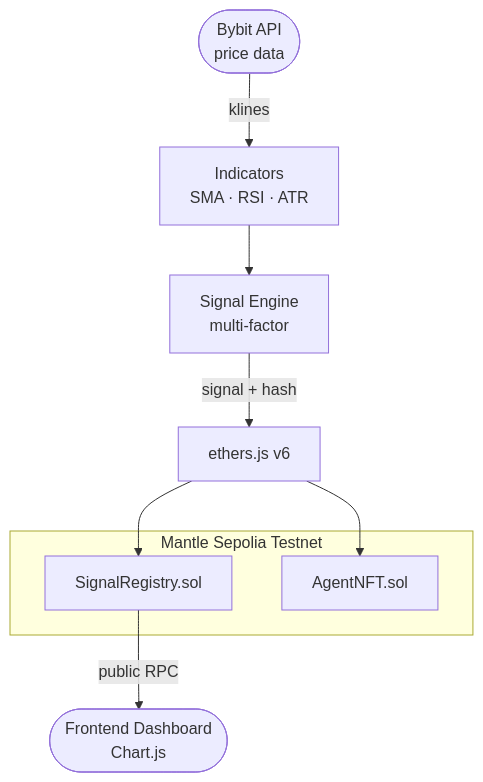
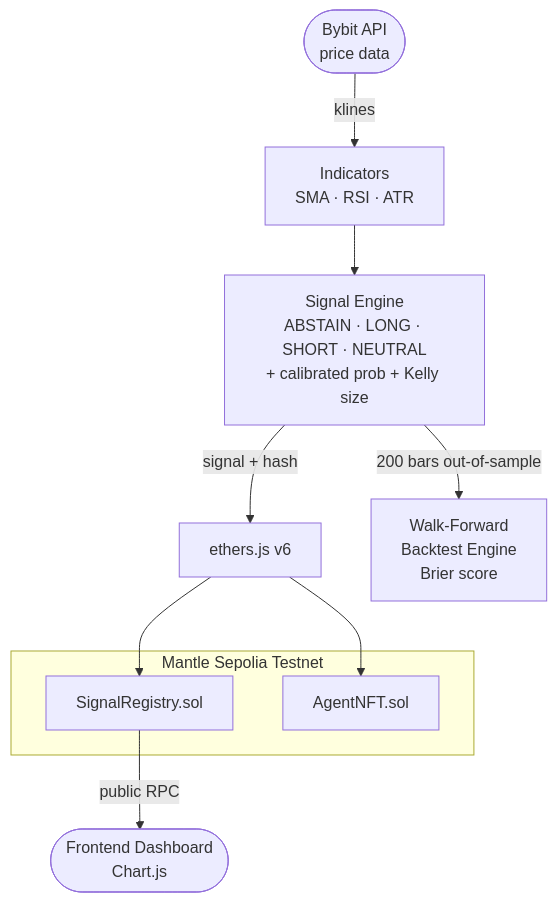
One commit to ryonzhang/mantle-quant changed the diagram in README.md. Above: the diagram before and after it, drawn with Mermaid. The commit also changed other lines of this file and 14 other files, not shown here.

Commit message:
Upgrade to v3: backtest engine, Brier score, ABSTAIN direction, Kelly sizing, HTTP API, 44 unit tests

````diff
--- a/README.md
+++ b/README.md
@@ -31,19 +59,22 @@
 ```mermaid
 flowchart TD
     A([Bybit API\nprice data])
     B[Indicators\nSMA · RSI · ATR]
-    C[Signal Engine\nmulti-factor]
+    C["Signal Engine\nABSTAIN · LONG · SHORT · NEUTRAL\n+ calibrated prob + Kelly size"]
     D[ethers.js v6]
+    E["Walk-Forward\nBacktest Engine\nBrier score"]
 
     subgraph Chain["Mantle Sepolia Testnet"]
         G[SignalRegistry.sol]
         H[AgentNFT.sol]
     end
 
     I([Frontend Dashboard\nChart.js])
 
-    A -->|klines| B --> C -->|signal + hash| D
+    A -->|klines| B --> C
+    C -->|signal + hash| D
+    C -->|200 bars out-of-sample| E
     D --> G
     D --> H
     G -->|public RPC| I
 ```
````
